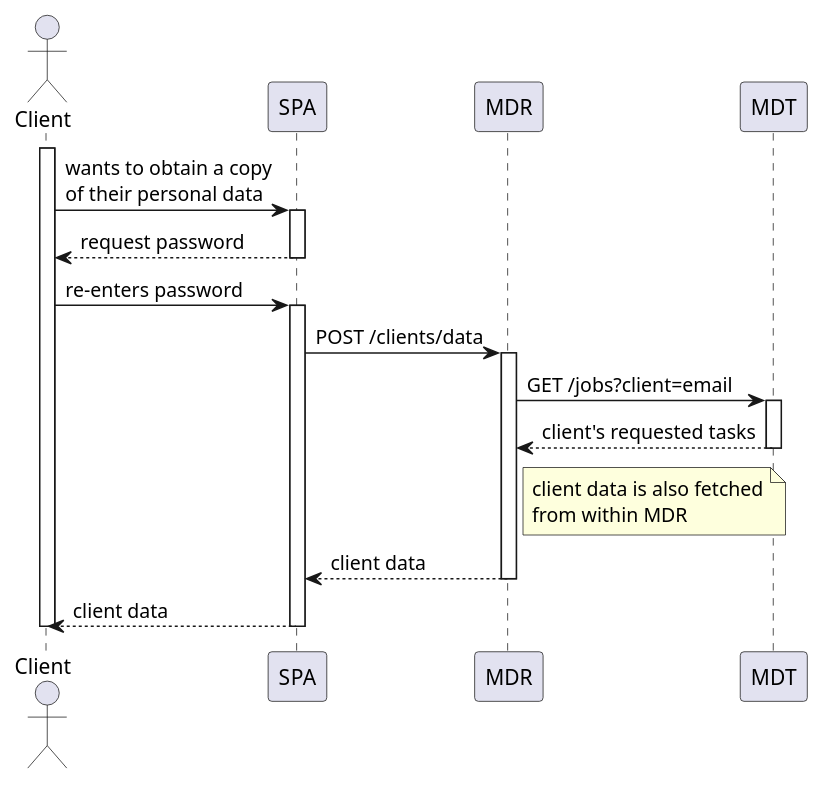
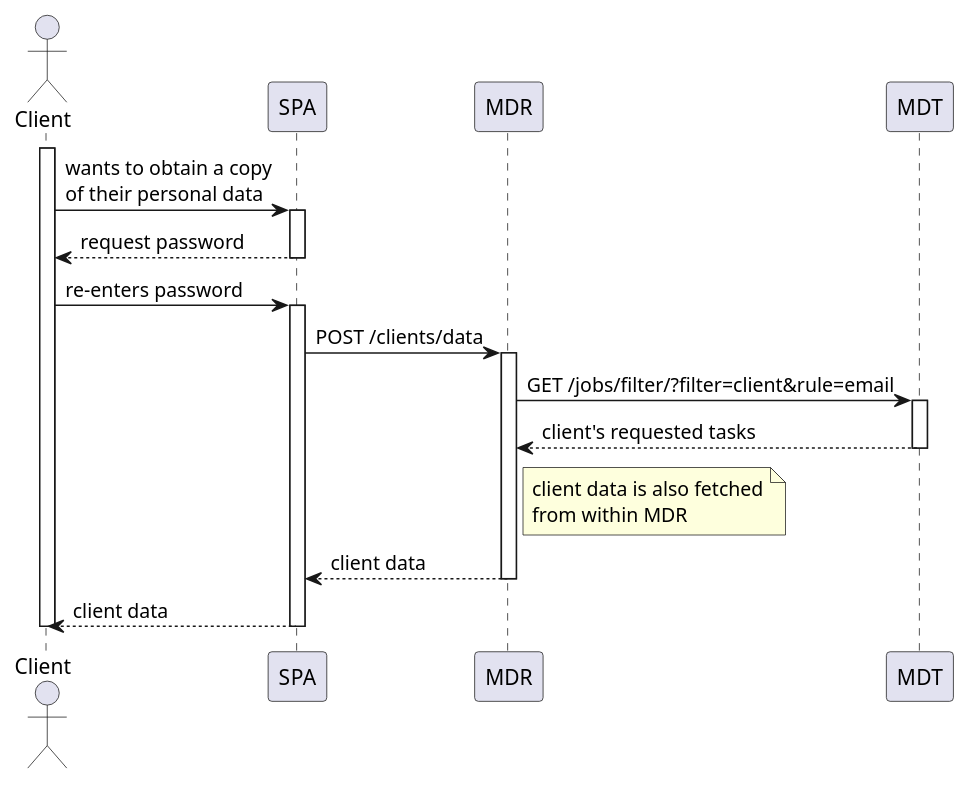
Before and after one commit to Departamento-de-Engenharia-Informatica/lapr5-23-24-g19: the diagram in docs/us110/level2/process-view.puml, drawn with PlantUML. The commit also changed 5 other files, not shown here.

```diff
--- a/docs/us110/level2/process-view.puml
+++ b/docs/us110/level2/process-view.puml
@@ -1,36 +1,36 @@
 @startuml
 
 actor "Client" as usr
 participant "SPA" as spa
 participant "MDR" as mdr
 participant "MDT" as mdt
 
 activate usr
     usr -> spa : wants to obtain a copy\nof their personal data
 
     activate spa
         spa --> usr : request password
     deactivate spa
 
     usr -> spa : re-enters password
     activate spa
 
         spa -> mdr : POST /clients/data
 
         activate mdr
-            mdr -> mdt : GET /jobs?client=email
+            mdr -> mdt : GET /jobs/filter/?filter=client&rule=email
 
             activate mdt
                 mdt --> mdr : client's requested tasks
             deactivate mdt
 
             note right of mdr : client data is also fetched\nfrom within MDR
 
             mdr --> spa : client data
         deactivate mdr
 
         spa --> usr : client data
     deactivate spa
 deactivate usr
 
 @enduml
```
